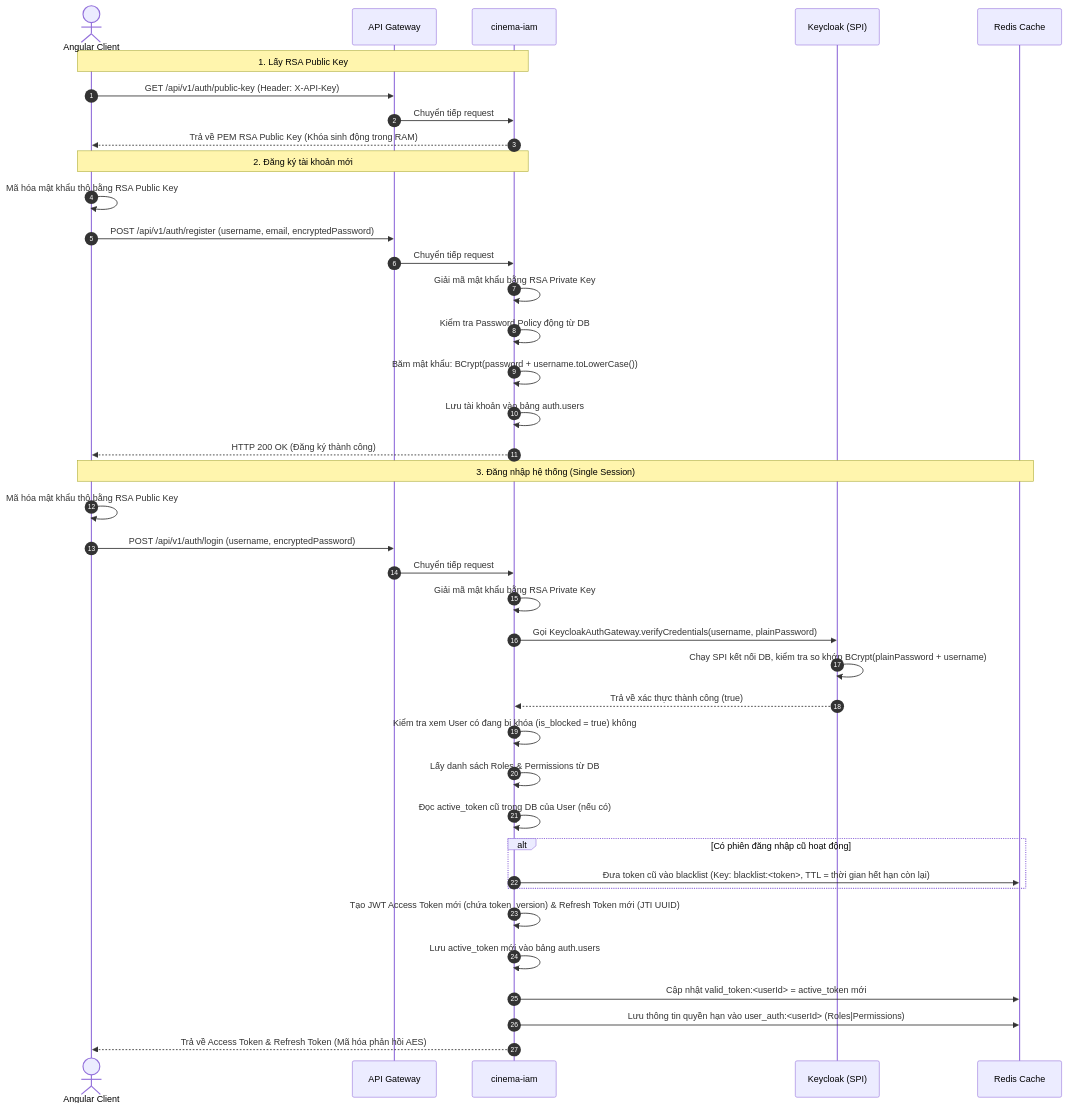
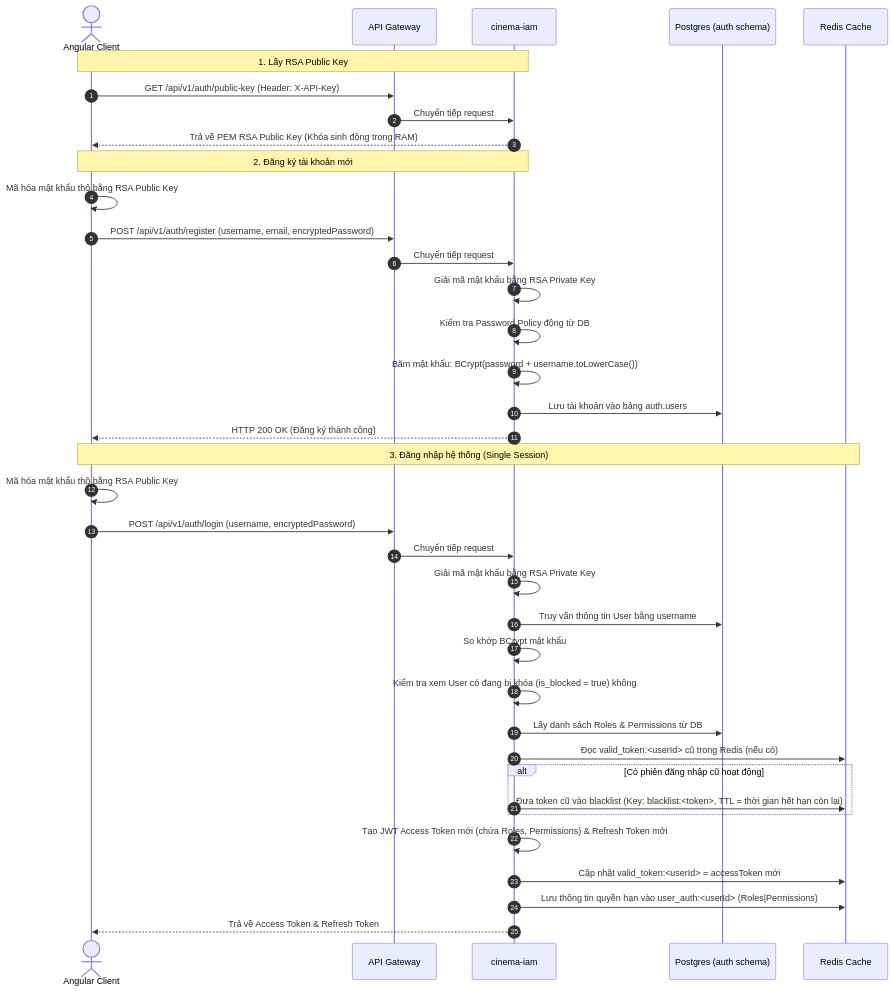
One commit to FingTw/sys_cinemas changed the second of 4 diagrams in PROJECT_OVERVIEW.md. Above: the diagram before and after it, drawn with Mermaid. The commit also changed other lines of this file and 137 other files, not shown here.

````diff
--- a/PROJECT_OVERVIEW.md
+++ b/PROJECT_OVERVIEW.md
@@ -67,44 +73,42 @@
 ```mermaid
 sequenceDiagram
     autonumber
     actor Client as Angular Client
     participant GW as API Gateway
     participant IAM as cinema-iam
-    participant KC as Keycloak (SPI)
+    participant DB as Postgres (auth schema)
     participant Redis as Redis Cache
 
     Note over Client, IAM: 1. Lấy RSA Public Key
     Client->>GW: GET /api/v1/auth/public-key (Header: X-API-Key)
     GW->>IAM: Chuyển tiếp request
     IAM-->>Client: Trả về PEM RSA Public Key (Khóa sinh động trong RAM)
 
     Note over Client, IAM: 2. Đăng ký tài khoản mới
     Client->>Client: Mã hóa mật khẩu thô bằng RSA Public Key
     Client->>GW: POST /api/v1/auth/register (username, email, encryptedPassword)
     GW->>IAM: Chuyển tiếp request
     IAM->>IAM: Giải mã mật khẩu bằng RSA Private Key
     IAM->>IAM: Kiểm tra Password Policy động từ DB
     IAM->>IAM: Băm mật khẩu: BCrypt(password + username.toLowerCase())
-    IAM->>IAM: Lưu tài khoản vào bảng auth.users
+    IAM->>DB: Lưu tài khoản vào bảng auth.users
     IAM-->>Client: HTTP 200 OK (Đăng ký thành công)
 
     Note over Client, Redis: 3. Đăng nhập hệ thống (Single Session)
     Client->>Client: Mã hóa mật khẩu thô bằng RSA Public Key
     Client->>GW: POST /api/v1/auth/login (username, encryptedPassword)
     GW->>IAM: Chuyển tiếp request
     IAM->>IAM: Giải mã mật khẩu bằng RSA Private Key
-    IAM->>KC: Gọi KeycloakAuthGateway.verifyCredentials(username, plainPassword)
-    KC->>KC: Chạy SPI kết nối DB, kiểm tra so khớp BCrypt(plainPassword + username)
-    KC-->>IAM: Trả về xác thực thành công (true)
+    IAM->>DB: Truy vấn thông tin User bằng username
+    IAM->>IAM: So khớp BCrypt mật khẩu
     IAM->>IAM: Kiểm tra xem User có đang bị khóa (is_blocked = true) không
-    IAM->>IAM: Lấy danh sách Roles & Permissions từ DB
-    IAM->>IAM: Đọc active_token cũ trong DB của User (nếu có)
+    IAM->>DB: Lấy danh sách Roles & Permissions từ DB
+    IAM->>Redis: Đọc valid_token:<userId> cũ trong Redis (nếu có)
     alt Có phiên đăng nhập cũ hoạt động
         IAM->>Redis: Đưa token cũ vào blacklist (Key: blacklist:<token>, TTL = thời gian hết hạn còn lại)
     end
-    IAM->>IAM: Tạo JWT Access Token mới (chứa token_version) & Refresh Token mới (JTI UUID)
-    IAM->>IAM: Lưu active_token mới vào bảng auth.users
-    IAM->>Redis: Cập nhật valid_token:<userId> = active_token mới
+    IAM->>IAM: Tạo JWT Access Token mới (chứa Roles, Permissions) & Refresh Token mới
+    IAM->>Redis: Cập nhật valid_token:<userId> = accessToken mới
     IAM->>Redis: Lưu thông tin quyền hạn vào user_auth:<userId> (Roles|Permissions)
-    IAM-->>Client: Trả về Access Token & Refresh Token (Mã hóa phản hồi AES)
+    IAM-->>Client: Trả về Access Token & Refresh Token
 ```
````
